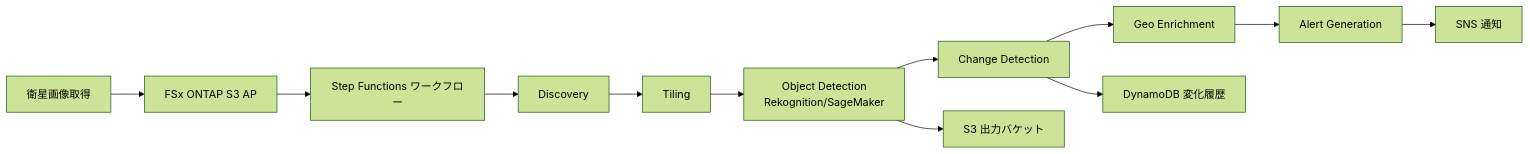
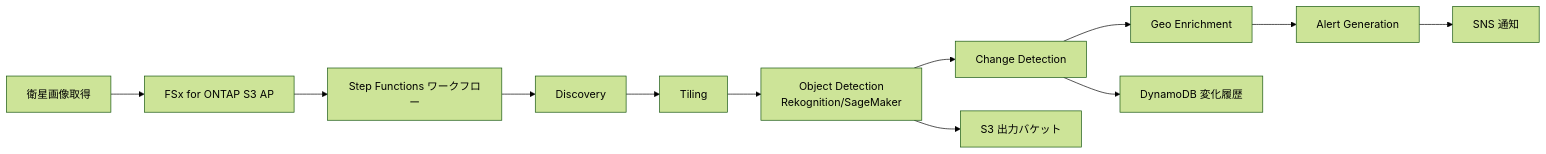
The diagram in defense-satellite/docs/demo-guide.md (Yoshiki0705/FSx-for-ONTAP-S3AccessPoints-Serverless-Patterns), drawn with Mermaid (forest theme) before and after one commit. The commit also changed other lines of this file and 752 other files, not shown here.

````diff
--- a/defense-satellite/docs/demo-guide.md
+++ b/defense-satellite/docs/demo-guide.md
@@ -23,14 +23,14 @@
 ```mermaid
 graph LR
-    A[衛星画像取得] --> B[FSx ONTAP S3 AP]
+    A[衛星画像取得] --> B[FSx for ONTAP S3 AP]
     B --> C[Step Functions ワークフロー]
     C --> D[Discovery]
     D --> E[Tiling]
     E --> F[Object Detection<br/>Rekognition/SageMaker]
     F --> G[Change Detection]
     G --> H[Geo Enrichment]
     H --> I[Alert Generation]
     I --> J[SNS 通知]
     F --> K[S3 出力バケット]
     G --> L[DynamoDB 変化履歴]
 ```
````
